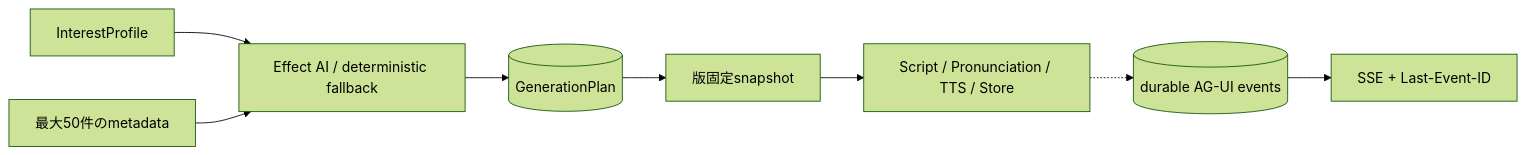
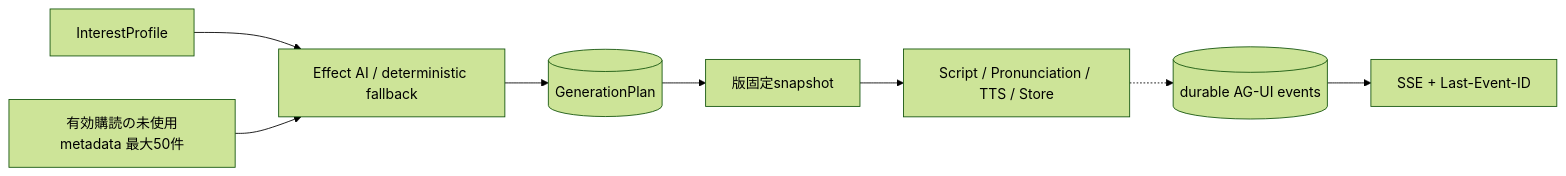
One commit to r4ai/news-podcast changed the fifth of 6 diagrams in docs/design.md. Above: the diagram before and after it, drawn with Mermaid (forest theme). The commit also changed other lines of this file and 80 other files, not shown here.

````diff
--- a/docs/design.md
+++ b/docs/design.md
@@ -265,10 +265,10 @@
 ```mermaid
 flowchart LR
   Profile["InterestProfile"] --> Select["Effect AI / deterministic fallback"]
-  Candidates["最大50件のmetadata"] --> Select
+  Candidates["有効購読の未使用metadata 最大50件"] --> Select
   Select --> Plan[("GenerationPlan")]
   Plan --> Materialize["版固定snapshot"]
   Materialize --> Pipeline["Script / Pronunciation / TTS / Store"]
   Pipeline -.-> Events[("durable AG-UI events")]
   Events --> Web["SSE + Last-Event-ID"]
 ```
````
